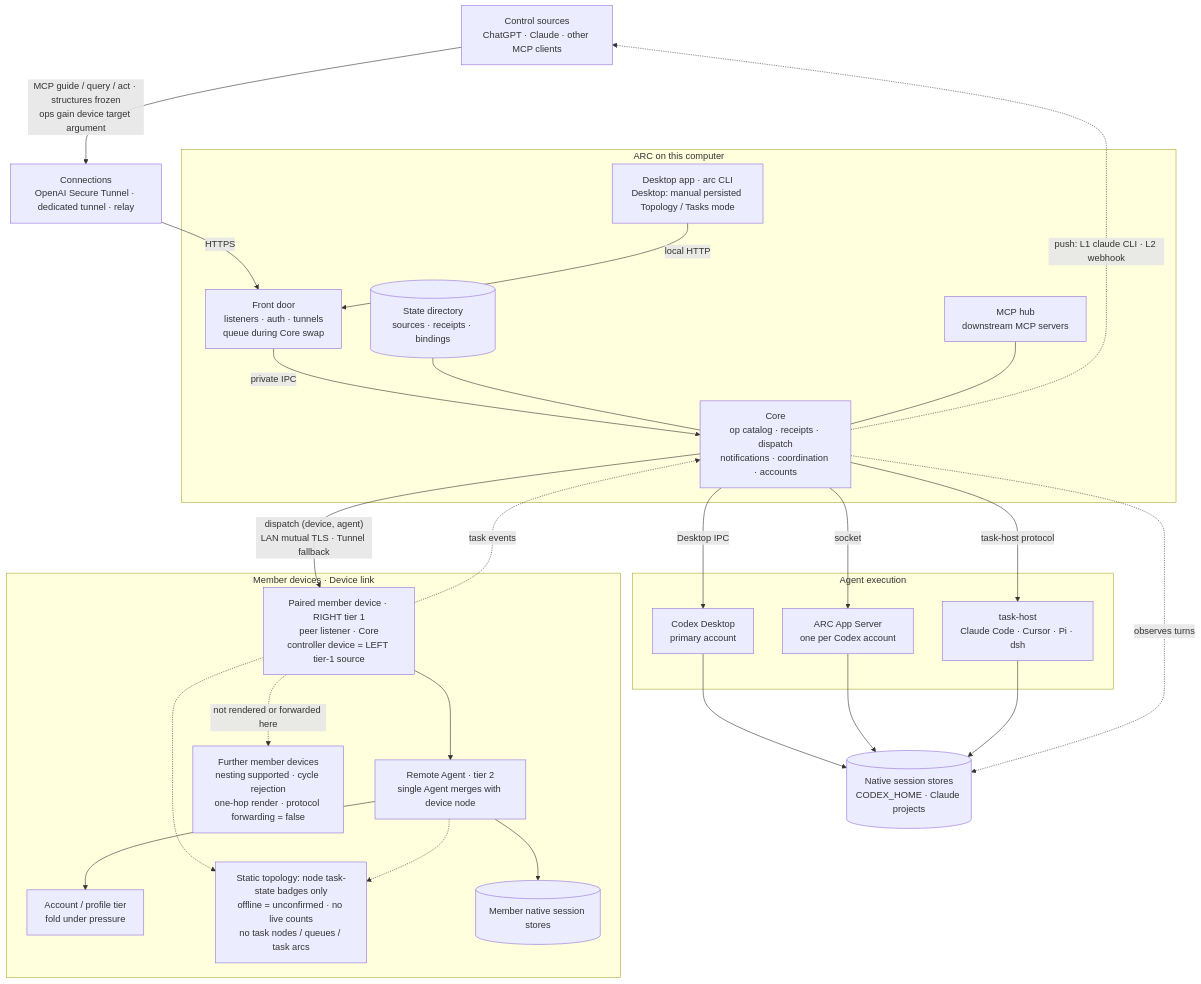
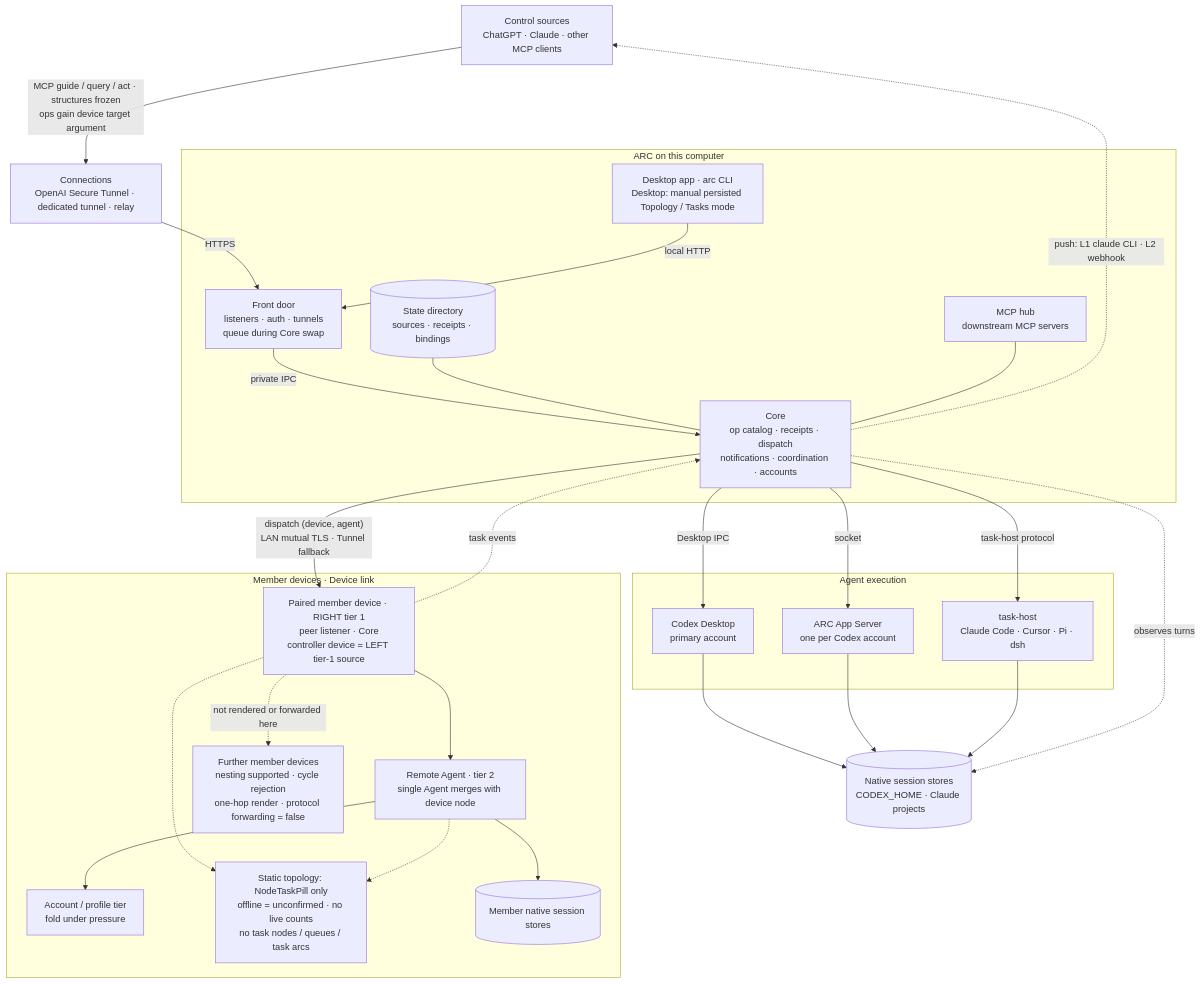
The diagram in arch/system-map.mmd (whzxc/agent-remote-control), drawn with Mermaid before and after one commit. The commit also changed 13 other files, not shown here.

```diff
--- a/arch/system-map.mmd
+++ b/arch/system-map.mmd
@@ -1,49 +1,49 @@
 %% ARC system map (layer 0): processes, external parties and how they connect.
 %% Index and code mapping: docs/dev/arch-assets.md
 flowchart TB
   src["Control sources<br/>ChatGPT · Claude · other MCP clients"]
   net["Connections<br/>OpenAI Secure Tunnel · dedicated tunnel · relay"]
   subgraph HOST["ARC on this computer"]
     local["Desktop app · arc CLI<br/>Desktop: manual persisted Topology / Tasks mode"]
     fd["Front door<br/>listeners · auth · tunnels<br/>queue during Core swap"]
     state[("State directory<br/>sources · receipts · bindings")]
     hub["MCP hub<br/>downstream MCP servers"]
     core["Core<br/>op catalog · receipts · dispatch<br/>notifications · coordination · accounts"]
   end
   subgraph EXEC["Agent execution"]
     codexd["Codex Desktop<br/>primary account"]
     appsrv["ARC App Server<br/>one per Codex account"]
     taskhost["task-host<br/>Claude Code · Cursor · Pi · dsh"]
   end
   native[("Native session stores<br/>CODEX_HOME · Claude projects")]
   subgraph MEMBERS["Member devices · Device link"]
     member["Paired member device · RIGHT tier 1<br/>peer listener · Core<br/>controller device = LEFT tier-1 source"]
     magent["Remote Agent · tier 2<br/>single Agent merges with device node"]
     maccount["Account / profile tier<br/>fold under pressure"]
-    mstates["Static topology: node task-state badges only<br/>offline = unconfirmed · no live counts<br/>no task nodes / queues / task arcs"]
+    mstates["Static topology: NodeTaskPill only<br/>offline = unconfirmed · no live counts<br/>no task nodes / queues / task arcs"]
     mnative[("Member native session stores")]
     descendant["Further member devices<br/>nesting supported · cycle rejection<br/>one-hop render · protocol forwarding = false"]
   end
   src -->|"MCP guide / query / act · structures frozen<br/>ops gain device target argument"| net
   net -->|"HTTPS"| fd
   local -->|"local HTTP"| fd
   fd -->|"private IPC"| core
   state --- core
   hub --- core
   core -->|"Desktop IPC"| codexd
   core -->|"socket"| appsrv
   core -->|"task-host protocol"| taskhost
   codexd --> native
   appsrv --> native
   taskhost --> native
   core -.->|"observes turns"| native
   core -.->|"push: L1 claude CLI · L2 webhook"| src
   core -->|"dispatch (device, agent)<br/>LAN mutual TLS · Tunnel fallback"| member
   member -.->|"task events"| core
   member --> magent --> maccount
   member -.-> mstates
   magent -.-> mstates
   magent --> mnative
   member -.->|"not rendered or forwarded here"| descendant
   class hub experimental
   class member,magent,maccount,mstates,descendant experimental
```
